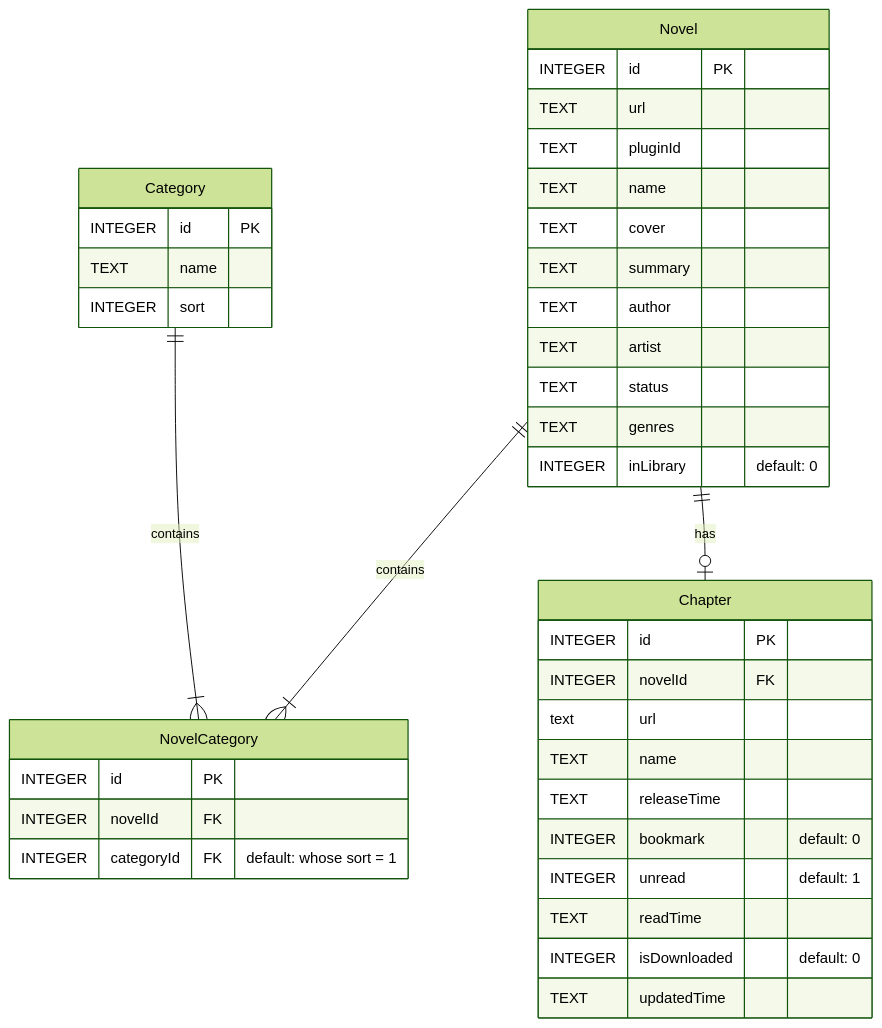
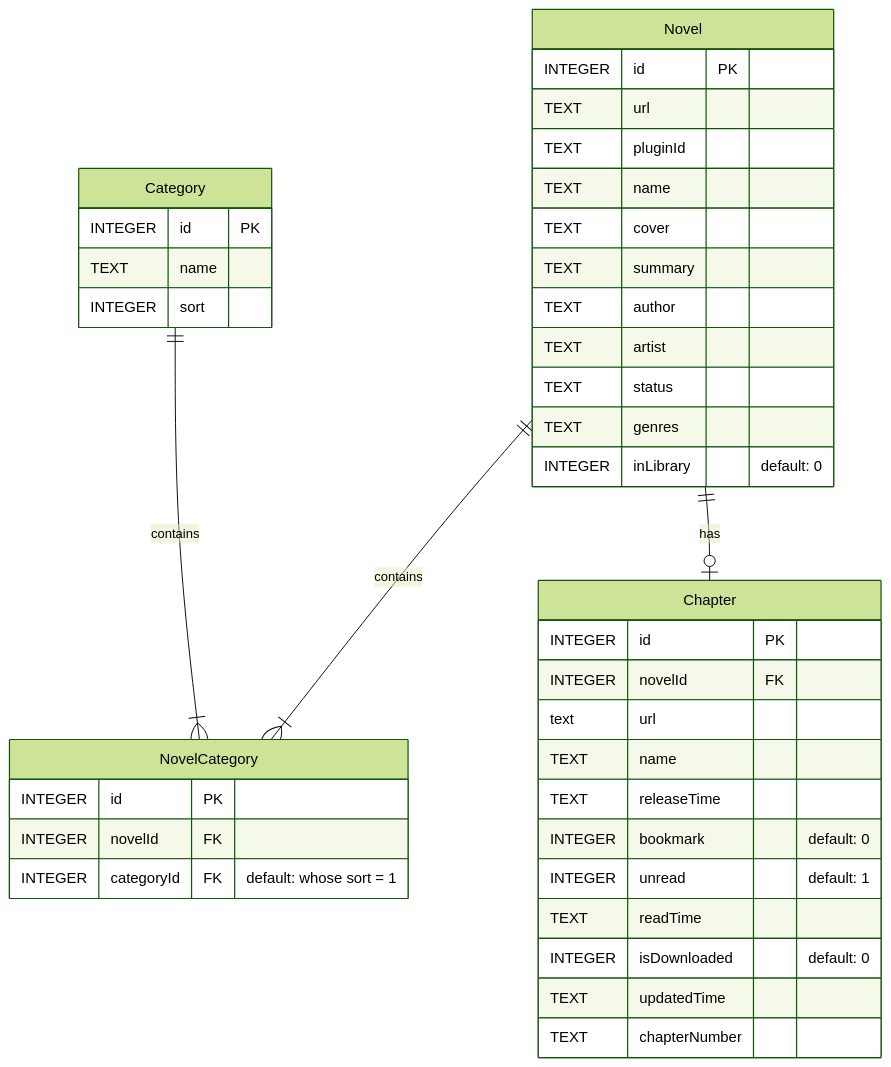
The diagram in CONTRIBUTING.md (InternetRembo/novel-reader), drawn with Mermaid (forest theme) before and after one commit. The commit also changed 9 other files, not shown here.

````diff
--- a/CONTRIBUTING.md
+++ b/CONTRIBUTING.md
@@ -61,41 +61,42 @@
 ```mermaid
 erDiagram
     Category ||--|{ NovelCategory : contains
     Category{
       INTEGER id PK
       TEXT name
       INTEGER sort
     }
     NovelCategory{
       INTEGER id PK
       INTEGER novelId FK
       INTEGER categoryId FK "default: whose sort = 1"
     }
     Novel ||--|{ NovelCategory : contains
     Novel{
       INTEGER id PK
       TEXT url
       TEXT pluginId
       TEXT name
       TEXT cover
       TEXT summary
       TEXT author
       TEXT artist
       TEXT status
       TEXT genres
       INTEGER inLibrary "default: 0"
     }
     Novel ||--o| Chapter : has
     Chapter{
       INTEGER id PK
       INTEGER novelId FK
       text url
       TEXT name
       TEXT releaseTime
       INTEGER bookmark  "default: 0"
       INTEGER unread    "default: 1"
       TEXT readTime
       INTEGER isDownloaded  "default: 0"
       TEXT updatedTime
+      TEXT chapterNumber
     }
 ```
````
